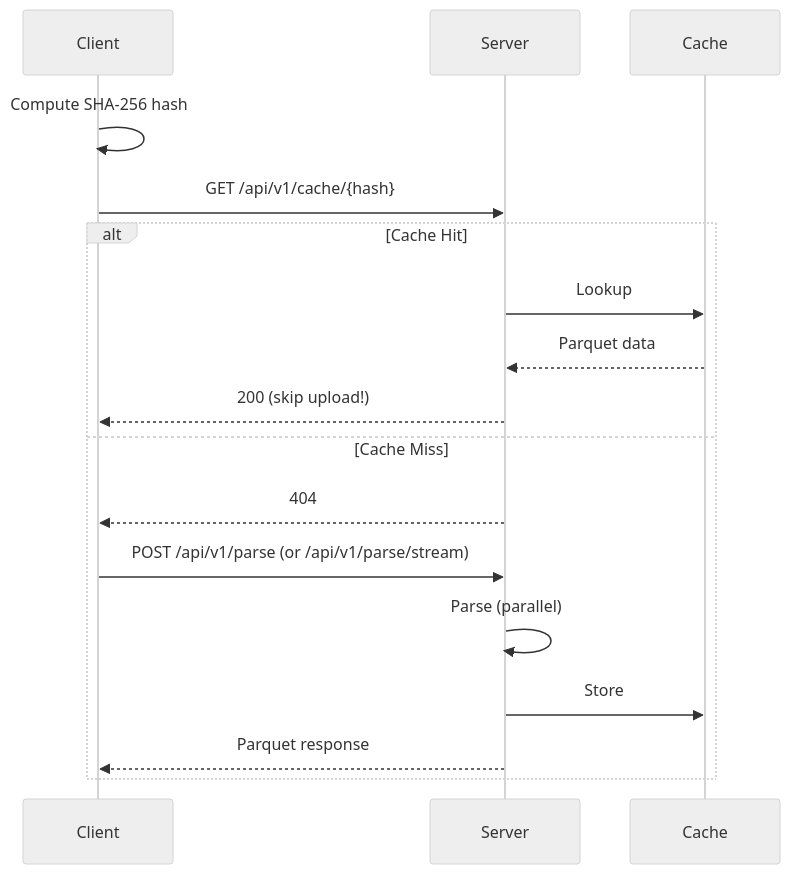
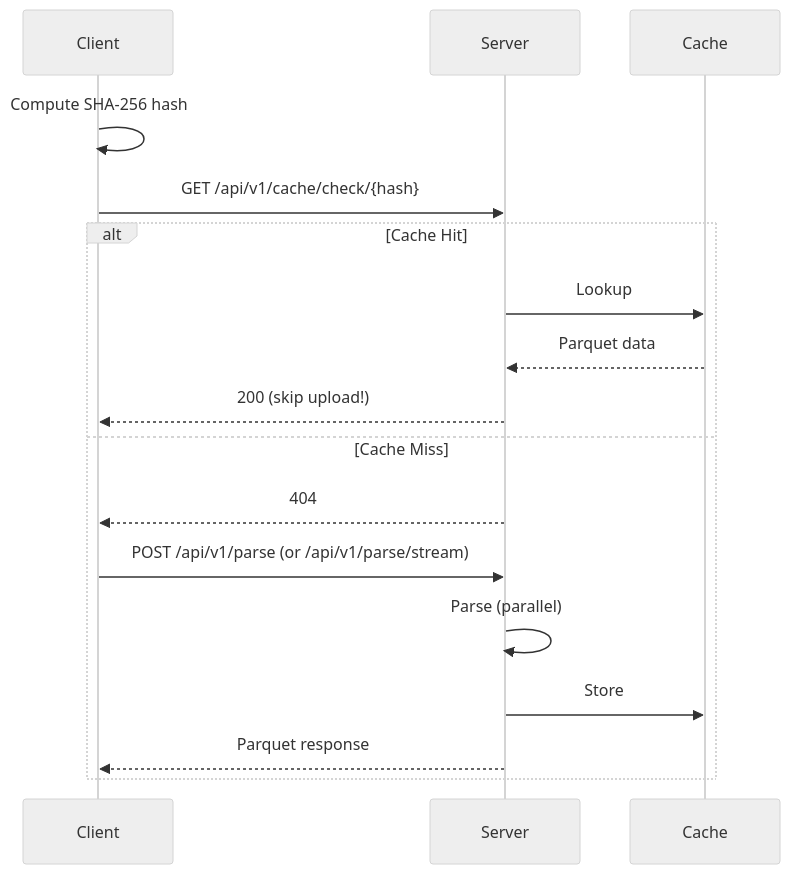
One commit to LTplus-AG/ifc-lite changed the ninth of 18 diagrams in docs/architecture/overview.md. Above: the diagram before and after it, drawn with Mermaid (neutral theme). The commit also changed 31 other files, not shown here.

````diff
--- a/docs/architecture/overview.md
+++ b/docs/architecture/overview.md
@@ -300,21 +300,21 @@
 ```mermaid
 sequenceDiagram
     participant Client
     participant Server
     participant Cache
 
     Client->>Client: Compute SHA-256 hash
-    Client->>Server: GET /api/v1/cache/{hash}
+    Client->>Server: GET /api/v1/cache/check/{hash}
 
     alt Cache Hit
         Server->>Cache: Lookup
         Cache-->>Server: Parquet data
         Server-->>Client: 200 (skip upload!)
     else Cache Miss
         Server-->>Client: 404
         Client->>Server: POST /api/v1/parse (or /api/v1/parse/stream)
         Server->>Server: Parse (parallel)
         Server->>Cache: Store
         Server-->>Client: Parquet response
     end
 ```
````
